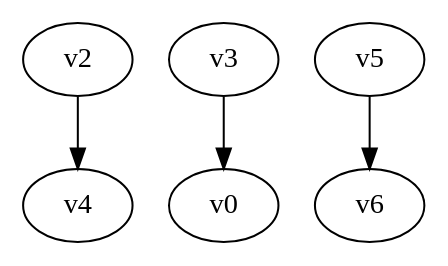
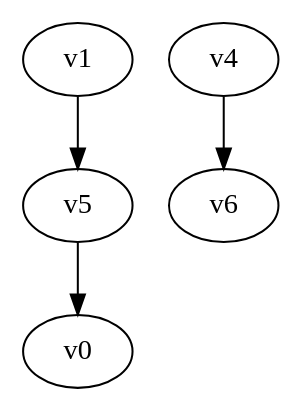
Before and after one commit to yadej/graph_project: the diagram in digraph.dot, drawn with Graphviz. The commit also changed 1 other file, not shown here.

```diff
--- a/digraph.dot
+++ b/digraph.dot
@@ -1,5 +1,4 @@
 digraph G { 
-v2 -> v4;
-v3 -> v0;
-v5 -> v6;
+v1 -> v5 -> v0;
+v4 -> v6;
 }
```
